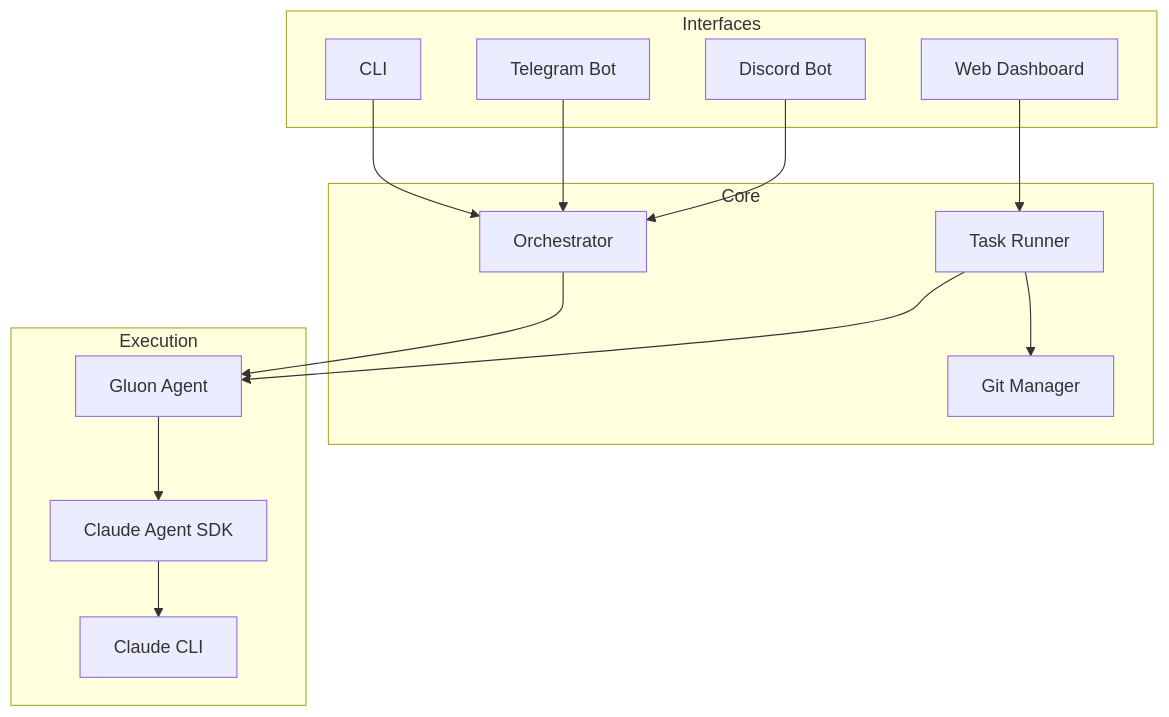
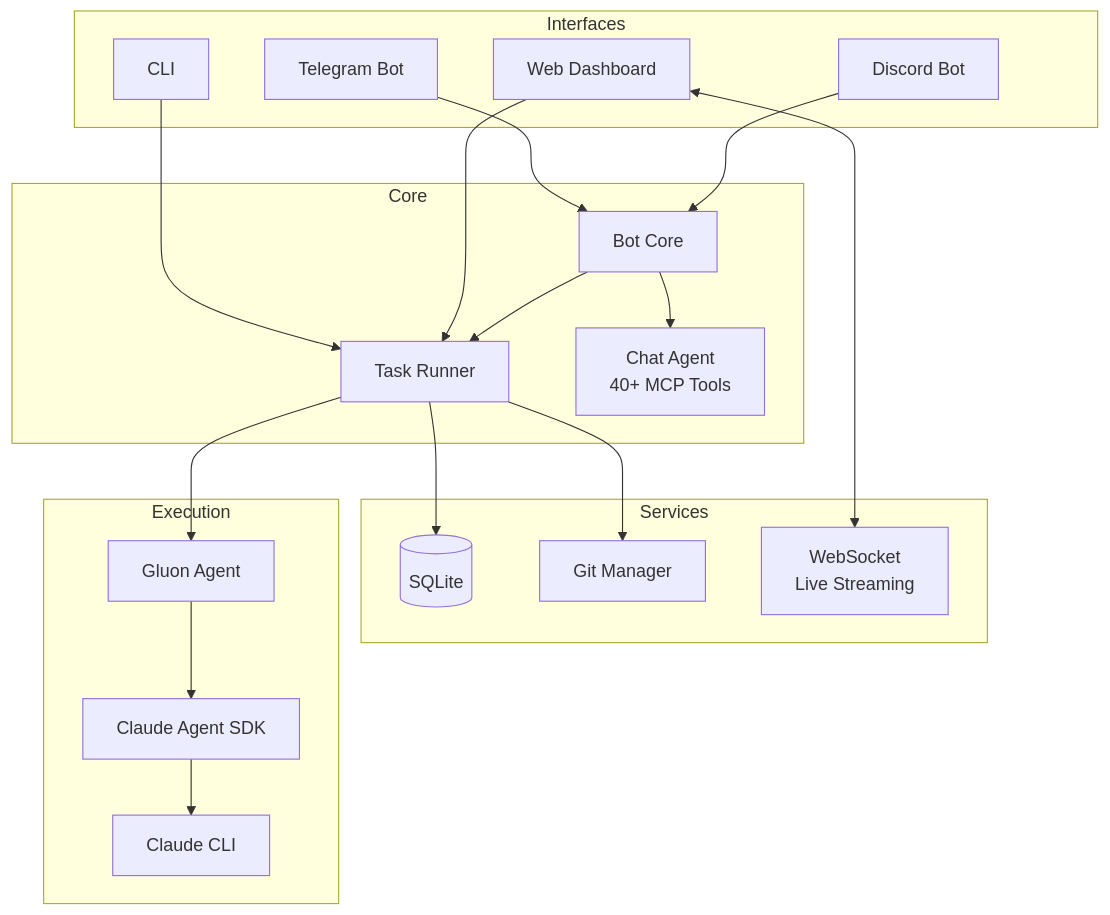
Before and after one commit to carrotly-ai/gluon-agent: the diagram in README.md, drawn with Mermaid. The commit also changed other lines of this file and 6 other files, not shown here.

First line of the commit message:
docs: update documentation with recent features and architecture changes

````diff
--- a/README.md
+++ b/README.md
@@ -176,33 +186,42 @@
 ```mermaid
 graph TB
     subgraph Interfaces
         CLI[CLI]
         WEB[Web Dashboard]
         TG[Telegram Bot]
         DC[Discord Bot]
     end
 
     subgraph Core
-        ORCH[Orchestrator]
+        BOTCORE[Bot Core]
         RUNNER[Task Runner]
+        CHAT[Chat Agent<br/>40+ MCP Tools]
+    end
+
+    subgraph Services
+        STORE[(SQLite)]
         GIT[Git Manager]
+        WS[WebSocket<br/>Live Streaming]
     end
 
     subgraph Execution
         AGENT[Gluon Agent]
         SDK[Claude Agent SDK]
         CLAUDE[Claude CLI]
     end
 
-    CLI --> ORCH
+    CLI --> RUNNER
     WEB --> RUNNER
-    TG --> ORCH
-    DC --> ORCH
+    WEB <--> WS
+    TG --> BOTCORE
+    DC --> BOTCORE
 
-    ORCH --> AGENT
+    BOTCORE --> CHAT
+    BOTCORE --> RUNNER
+    RUNNER --> STORE
+    RUNNER --> GIT
     RUNNER --> AGENT
-    RUNNER --> GIT
 
     AGENT --> SDK
     SDK --> CLAUDE
 ```
````
